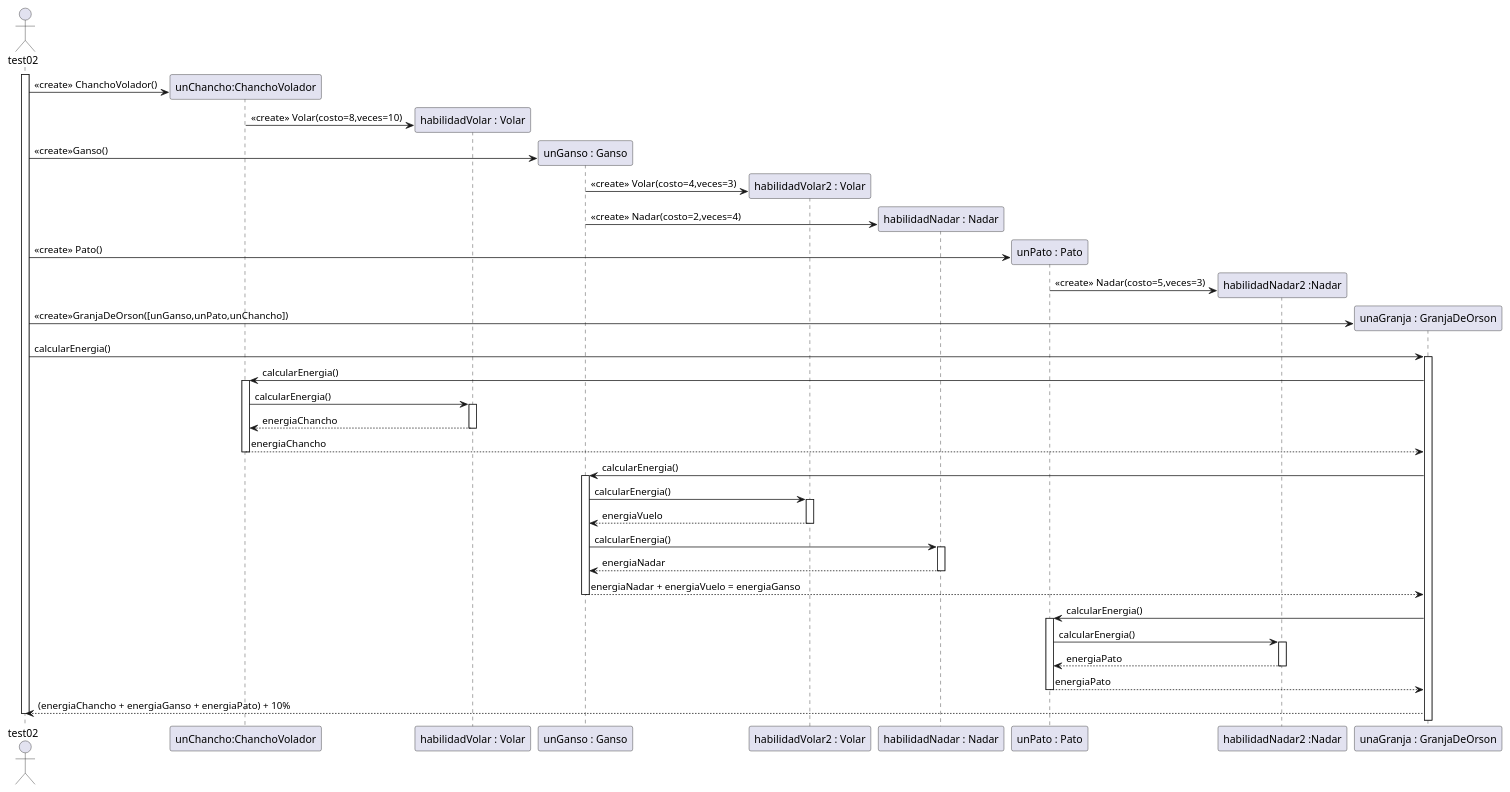
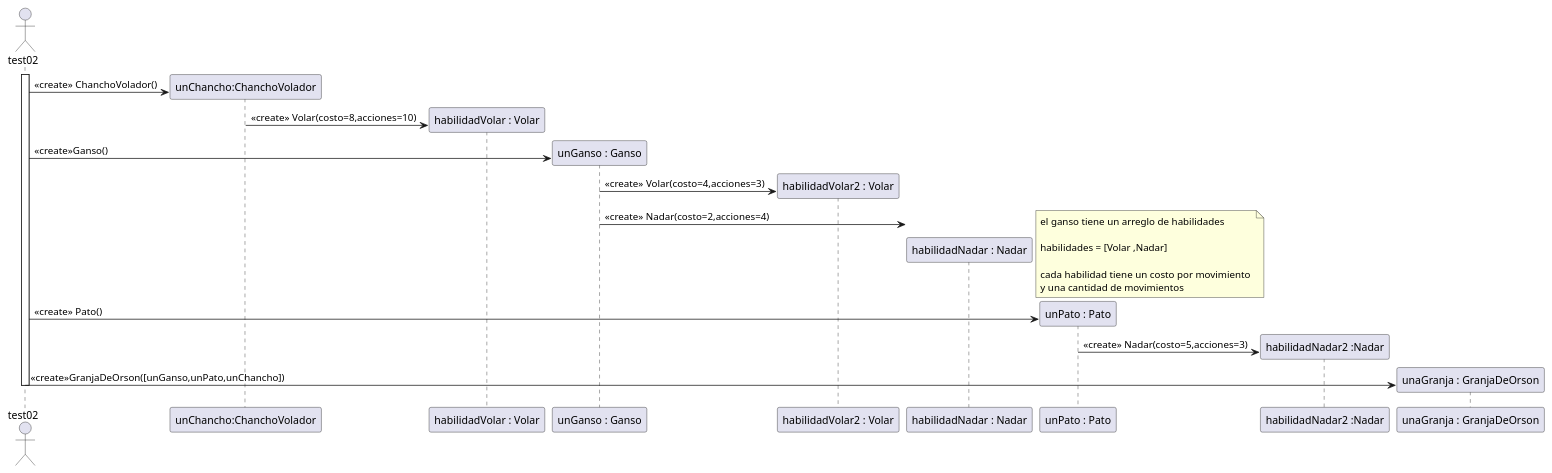
The diagram in GranjaOrson1C2026/diagrama/casoDeUso2.puml (Mortha4/algoritmos3-parciales-Suarez), drawn with PlantUML before and after one commit. The commit also changed 23 other files, not shown here.

```diff
--- a/GranjaOrson1C2026/diagrama/casoDeUso2.puml
+++ b/GranjaOrson1C2026/diagrama/casoDeUso2.puml
@@ -1,74 +1,43 @@
 @startuml
 
 'calcular energia de chancho volador despues de 2 aleteos'
 
 
 actor test02
 activate test02
 
 create participant "unChancho:ChanchoVolador" as chancho
 test02 -> chancho : <<create>> ChanchoVolador()
 create participant "habilidadVolar : Volar" as volarChancho
-chancho -> volarChancho : <<create>> Volar(costo=8,veces=10)
+chancho -> volarChancho : <<create>> Volar(costo=8,acciones=10)
+
 
 create participant "unGanso : Ganso" as ganso
 test02 -> ganso : <<create>>Ganso()
 create participant "habilidadVolar2 : Volar" as volarGanso
-ganso -> volarGanso : <<create>> Volar(costo=4,veces=3)
+ganso -> volarGanso : <<create>> Volar(costo=4,acciones=3)
 create participant "habilidadNadar : Nadar" as nadarGanso
-ganso -> nadarGanso : <<create>> Nadar(costo=2,veces=4)
+ganso -> nadarGanso : <<create>> Nadar(costo=2,acciones=4)
+
+note right
+    el ganso tiene un arreglo de habilidades
+    
+    habilidades = [Volar ,Nadar]
+
+    cada habilidad tiene un costo por movimiento 
+    y una cantidad de movimientos
+end note
 
 create participant "unPato : Pato" as pato
 test02 -> pato : <<create>> Pato()
 create participant "habilidadNadar2 :Nadar" as nadarPato
-pato -> nadarPato : <<create>> Nadar(costo=5,veces=3)
+pato -> nadarPato : <<create>> Nadar(costo=5,acciones=3)
 
 
 create participant "unaGranja : GranjaDeOrson" as granja
 test02 -> granja : <<create>>GranjaDeOrson([unGanso,unPato,unChancho])
-test02 -> granja : calcularEnergia()
-activate granja
 
-granja -> chancho : calcularEnergia()
-activate chancho
-chancho -> volarChancho : calcularEnergia()
-activate volarChancho
-volarChancho --> chancho : energiaChancho
-deactivate volarChancho
-chancho --> granja : energiaChancho
-deactivate chancho
-
-granja -> ganso : calcularEnergia()
-activate ganso
-ganso -> volarGanso : calcularEnergia()
-activate volarGanso
-volarGanso --> ganso : energiaVuelo
-deactivate volarGanso
-ganso -> nadarGanso : calcularEnergia()
-activate nadarGanso
-nadarGanso --> ganso : energiaNadar
-deactivate nadarGanso
-ganso --> granja : energiaNadar + energiaVuelo = energiaGanso
-deactivate ganso
-
-granja -> pato : calcularEnergia()
-activate pato  
-pato -> nadarPato : calcularEnergia()
-activate nadarPato
-nadarPato --> pato : energiaPato
-deactivate nadarPato
-pato --> granja : energiaPato
-deactivate pato
-
-granja --> test02 : (energiaChancho + energiaGanso + energiaPato) + 10%
 deactivate test02
 
 
-
-
-
-
-
-
-
 @enduml
```
